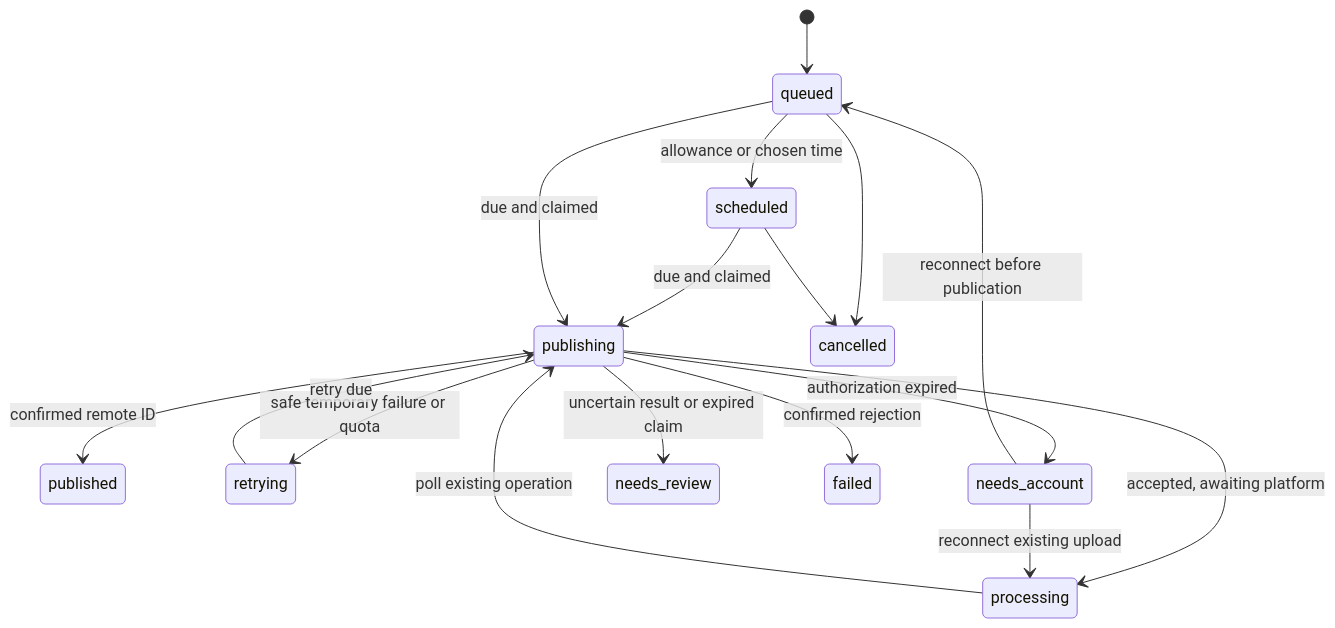
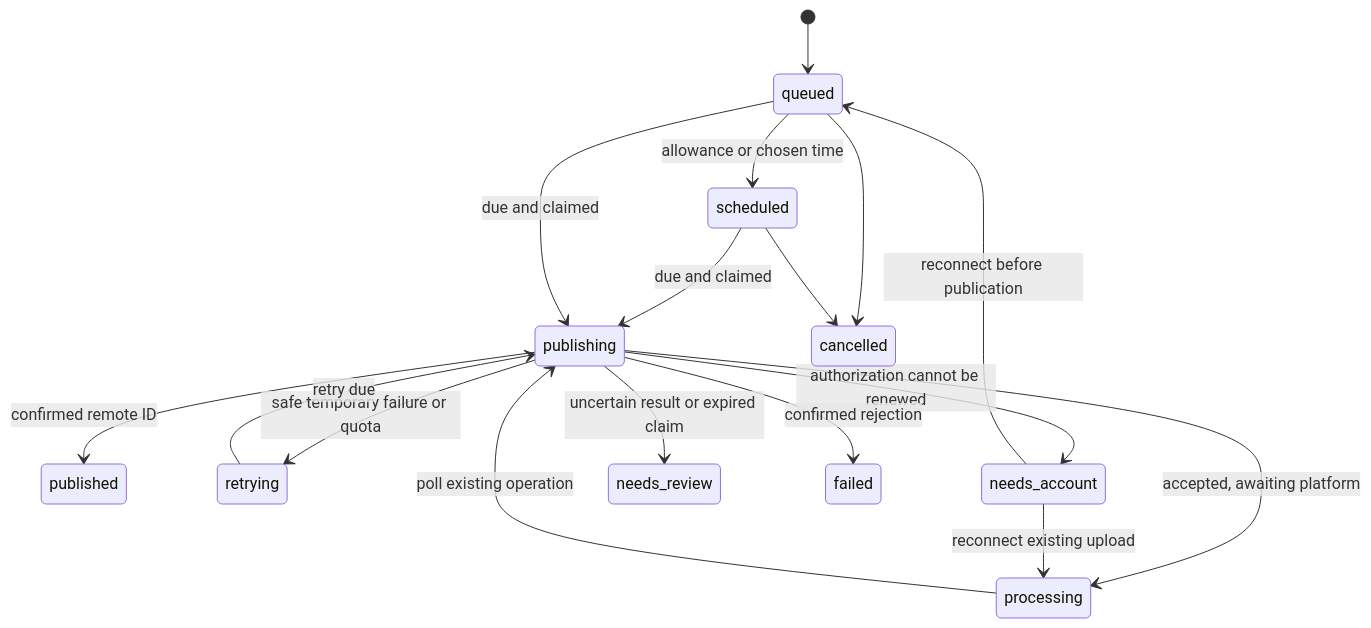
The diagram in docs/architecture.md (MalikElate/podcast-clipper), drawn with Mermaid before and after one commit. The commit also changed other lines of this file and 37 other files, not shown here.

````diff
--- a/docs/architecture.md
+++ b/docs/architecture.md
@@ -34,19 +35,19 @@
 ```mermaid
 stateDiagram-v2
   [*] --> queued
   queued --> scheduled: allowance or chosen time
   scheduled --> publishing: due and claimed
   queued --> publishing: due and claimed
   publishing --> processing: accepted, awaiting platform
   processing --> publishing: poll existing operation
   publishing --> published: confirmed remote ID
   publishing --> retrying: safe temporary failure or quota
   retrying --> publishing: retry due
-  publishing --> needs_account: authorization expired
+  publishing --> needs_account: authorization cannot be renewed
   needs_account --> queued: reconnect before publication
   needs_account --> processing: reconnect existing upload
   publishing --> needs_review: uncertain result or expired claim
   publishing --> failed: confirmed rejection
   queued --> cancelled
   scheduled --> cancelled
 ```
````
